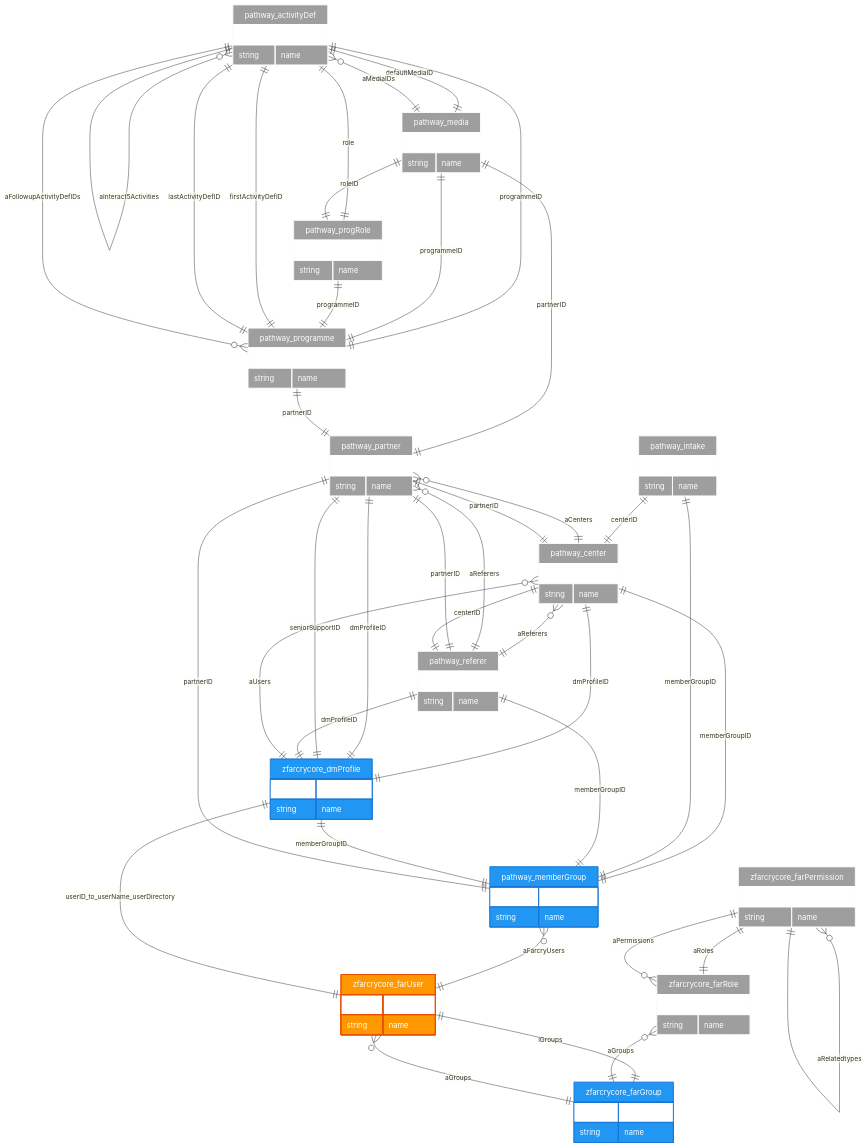
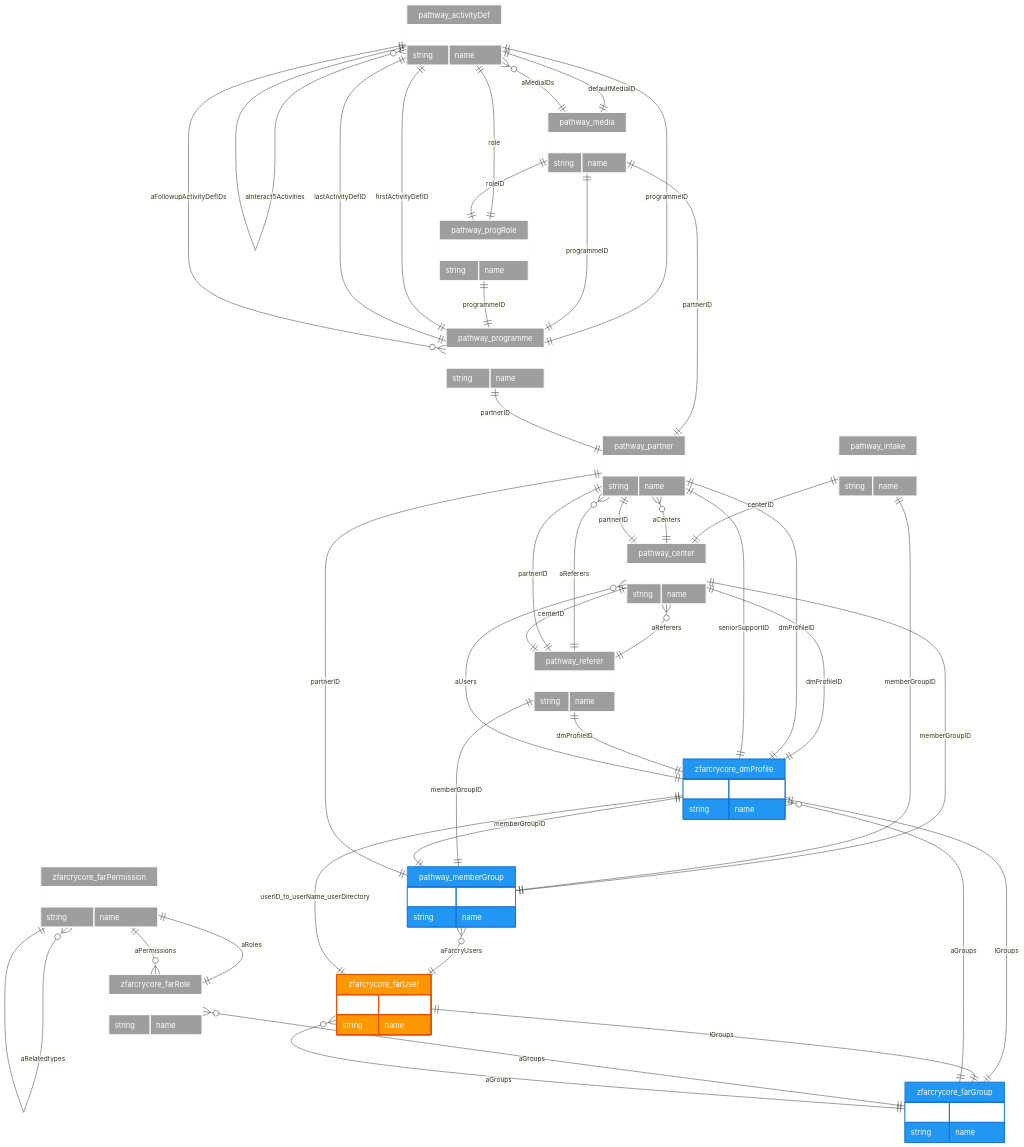
The diagram in exports/plugins_full_erd.mmd (wellmindhealth/FKmermaid), drawn with Mermaid before and after one commit. The commit also changed 47 other files, not shown here.

Commit message:
Fix note rendering and add exports cleanup - Use comment instead of note for parameters to avoid Mermaid rendering issues - Add cleanup function to keep only last 3 files in exports folder

```diff
--- a/exports/plugins_full_erd.mmd
+++ b/exports/plugins_full_erd.mmd
@@ -1,146 +1,148 @@
 erDiagram
     "pathway_activityDef" {
         UUID ObjectID
         string name
     }
 
     "pathway_center" {
         UUID ObjectID
         string name
     }
 
     "pathway_intake" {
         UUID ObjectID
         string name
     }
 
     "pathway_media" {
         UUID ObjectID
         string name
     }
 
     "pathway_memberGroup" {
         UUID ObjectID
         string name
     }
 
     "pathway_partner" {
         UUID ObjectID
         string name
     }
 
     "pathway_programme" {
         UUID ObjectID
         string name
     }
 
     "pathway_progRole" {
         UUID ObjectID
         string name
     }
 
     "pathway_referer" {
         UUID ObjectID
         string name
     }
 
     "zfarcrycore_dmProfile" {
         UUID ObjectID
         string name
     }
 
     "zfarcrycore_farGroup" {
         UUID ObjectID
         string name
     }
 
     "zfarcrycore_farPermission" {
         UUID ObjectID
         string name
     }
 
     "zfarcrycore_farRole" {
         UUID ObjectID
         string name
     }
 
     "zfarcrycore_farUser" {
         UUID ObjectID
         string name
     }
 
     %% Direct FK Relationships
     "pathway_activityDef" ||--|| "pathway_programme" : programmeID
     "pathway_activityDef" ||--|| "pathway_progRole" : role
     "pathway_activityDef" ||--|| "pathway_media" : defaultMediaID
     "pathway_center" ||--|| "zfarcrycore_dmProfile" : dmProfileID
     "pathway_center" ||--|| "pathway_partner" : partnerID
     "pathway_center" ||--|| "pathway_memberGroup" : memberGroupID
     "pathway_intake" ||--|| "pathway_memberGroup" : memberGroupID
     "pathway_intake" ||--|| "pathway_center" : centerID
     "pathway_media" ||--|| "pathway_partner" : partnerID
     "pathway_media" ||--|| "pathway_programme" : programmeID
     "pathway_media" ||--|| "pathway_progRole" : roleID
     "pathway_memberGroup" ||--|| "pathway_partner" : partnerID
     "pathway_partner" ||--|| "zfarcrycore_dmProfile" : dmProfileID
     "pathway_partner" ||--|| "zfarcrycore_dmProfile" : seniorSupportID
     "pathway_programme" ||--|| "pathway_partner" : partnerID
     "pathway_programme" ||--|| "pathway_activityDef" : firstActivityDefID
     "pathway_programme" ||--|| "pathway_activityDef" : lastActivityDefID
     "pathway_progRole" ||--|| "pathway_programme" : programmeID
     "pathway_referer" ||--|| "zfarcrycore_dmProfile" : dmProfileID
     "pathway_referer" ||--|| "pathway_partner" : partnerID
     "pathway_referer" ||--|| "pathway_memberGroup" : memberGroupID
     "pathway_referer" ||--|| "pathway_center" : centerID
     "zfarcrycore_dmProfile" ||--|| "pathway_memberGroup" : memberGroupID
+    "zfarcrycore_dmProfile" ||--|| "zfarcrycore_farGroup" : lGroups
     "zfarcrycore_farPermission" ||--|| "zfarcrycore_farRole" : aRoles
     "zfarcrycore_farUser" ||--|| "zfarcrycore_farGroup" : lGroups
     %% End Direct FK Relationships
 
     %% Special Joins
     "zfarcrycore_farUser" ||--|| "zfarcrycore_dmProfile" : userID_to_userName_userDirectory
     %% End Special Joins
 
     %% Self-Referencing Relationships for activityDef
     "pathway_activityDef" ||--|| "pathway_activityDef" : onEndID
     "pathway_activityDef" }o--|| "pathway_activityDef" : aCuePointActivities
     "pathway_activityDef" }o--|| "pathway_activityDef" : aInteract1Activities
     "pathway_activityDef" }o--|| "pathway_activityDef" : aInteract2Activities
     "pathway_activityDef" }o--|| "pathway_activityDef" : aInteract3Activities
     "pathway_activityDef" }o--|| "pathway_activityDef" : aInteract4Activities
     "pathway_activityDef" }o--|| "pathway_activityDef" : aInteract5Activities
     %% End Self-Referencing Relationships for activityDef
 
     %% Self-Referencing Relationships for farPermission
     "zfarcrycore_farPermission" }o--|| "zfarcrycore_farPermission" : aRelatedtypes
     %% End Self-Referencing Relationships for farPermission
 
     %% Join Table Relationships
     "pathway_activityDef" }o--|| "pathway_media" : aMediaIDs
     "pathway_center" }o--|| "zfarcrycore_dmProfile" : aUsers
     "pathway_center" }o--|| "pathway_referer" : aReferers
     "pathway_memberGroup" }o--|| "zfarcrycore_farUser" : aFarcryUsers
     "pathway_partner" }o--|| "pathway_center" : aCenters
     "pathway_partner" }o--|| "pathway_referer" : aReferers
     "pathway_programme" }o--|| "pathway_activityDef" : aFollowupActivityDefIDs
+    "zfarcrycore_dmProfile" }o--|| "zfarcrycore_farGroup" : aGroups
     "zfarcrycore_farRole" }o--|| "zfarcrycore_farGroup" : aGroups
     "zfarcrycore_farRole" }o--|| "zfarcrycore_farPermission" : aPermissions
     "zfarcrycore_farUser" }o--|| "zfarcrycore_farGroup" : aGroups
     %% End Join Table Relationships
 
 
     %% Entity Styling
     style pathway_activityDef fill:#9e9e9e,stroke:#fff,stroke-width:1px,color:#fff
     style pathway_center fill:#9e9e9e,stroke:#fff,stroke-width:1px,color:#fff
     style pathway_intake fill:#9e9e9e,stroke:#fff,stroke-width:1px,color:#fff
     style pathway_media fill:#9e9e9e,stroke:#fff,stroke-width:1px,color:#fff
     style pathway_memberGroup fill:#2196f3,stroke:#1976d2,stroke-width:1px,color:#fff
     style pathway_partner fill:#9e9e9e,stroke:#fff,stroke-width:1px,color:#fff
     style pathway_programme fill:#9e9e9e,stroke:#fff,stroke-width:1px,color:#fff
     style pathway_progRole fill:#9e9e9e,stroke:#fff,stroke-width:1px,color:#fff
     style pathway_referer fill:#9e9e9e,stroke:#fff,stroke-width:1px,color:#fff
     style zfarcrycore_dmProfile fill:#2196f3,stroke:#1976d2,stroke-width:1px,color:#fff
     style zfarcrycore_farGroup fill:#2196f3,stroke:#1976d2,stroke-width:1px,color:#fff
     style zfarcrycore_farPermission fill:#9e9e9e,stroke:#fff,stroke-width:1px,color:#fff
     style zfarcrycore_farRole fill:#9e9e9e,stroke:#fff,stroke-width:1px,color:#fff
     style zfarcrycore_farUser fill:#ff9800,stroke:#e65100,stroke-width:2px,color:#fff
```
